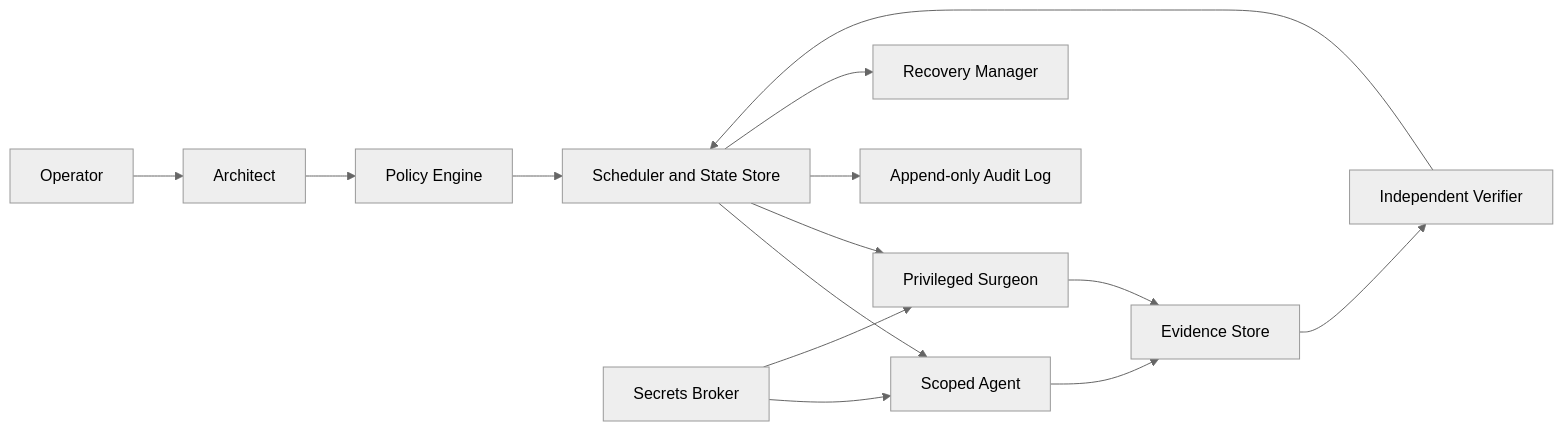
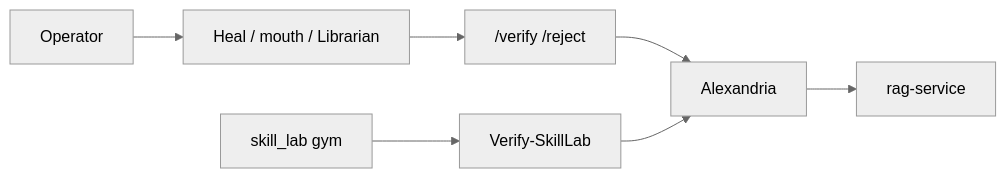
Before and after one commit to usrname1git/GodBrain: the diagram in docs/AGENT_FACTORY_ROSTER.md, drawn with Mermaid (neutral theme). The commit also changed other lines of this file and 14 other files, not shown here.

````diff
--- a/docs/AGENT_FACTORY_ROSTER.md
+++ b/docs/AGENT_FACTORY_ROSTER.md
@@ -38,16 +73,9 @@
 ```mermaid
 flowchart LR
-    Operator[Operator] --> Architect
-    Architect --> Policy[Policy Engine]
-    Policy --> Scheduler[Scheduler and State Store]
-    Scheduler --> Agent[Scoped Agent]
-    Scheduler --> Surgeon[Privileged Surgeon]
-    Secrets[Secrets Broker] --> Agent
-    Secrets --> Surgeon
-    Agent --> Evidence[Evidence Store]
-    Surgeon --> Evidence
-    Evidence --> Verifier[Independent Verifier]
-    Verifier --> Scheduler
-    Scheduler --> Audit[Append-only Audit Log]
-    Scheduler --> Recovery[Recovery Manager]
+    Operator[Operator] --> Loop[Heal / mouth / Librarian]
+    Loop --> Judge["/verify /reject"]
+    Judge --> Vault[Alexandria]
+    Vault --> RAG[rag-service]
+    Lab[skill_lab gym] --> Harness[Verify-SkillLab]
+    Harness --> Vault
 ```
````
